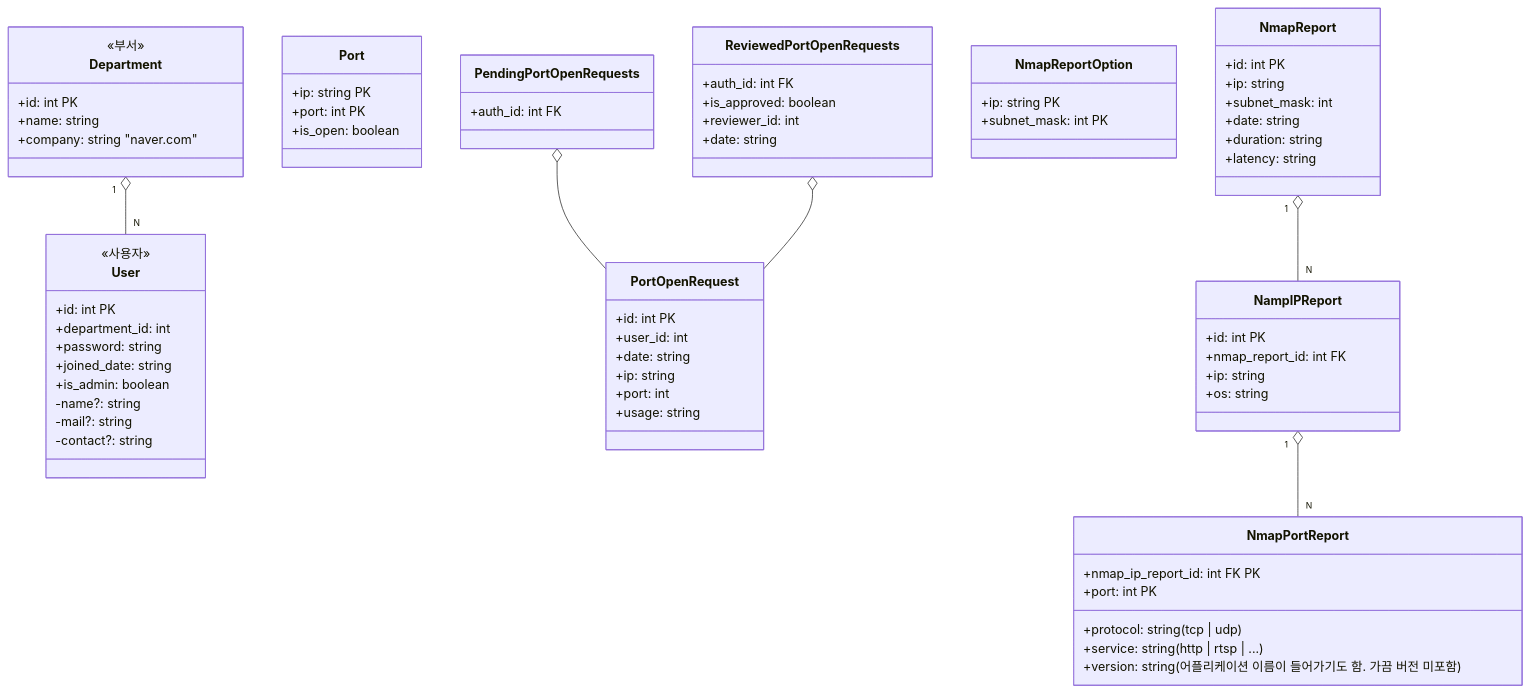
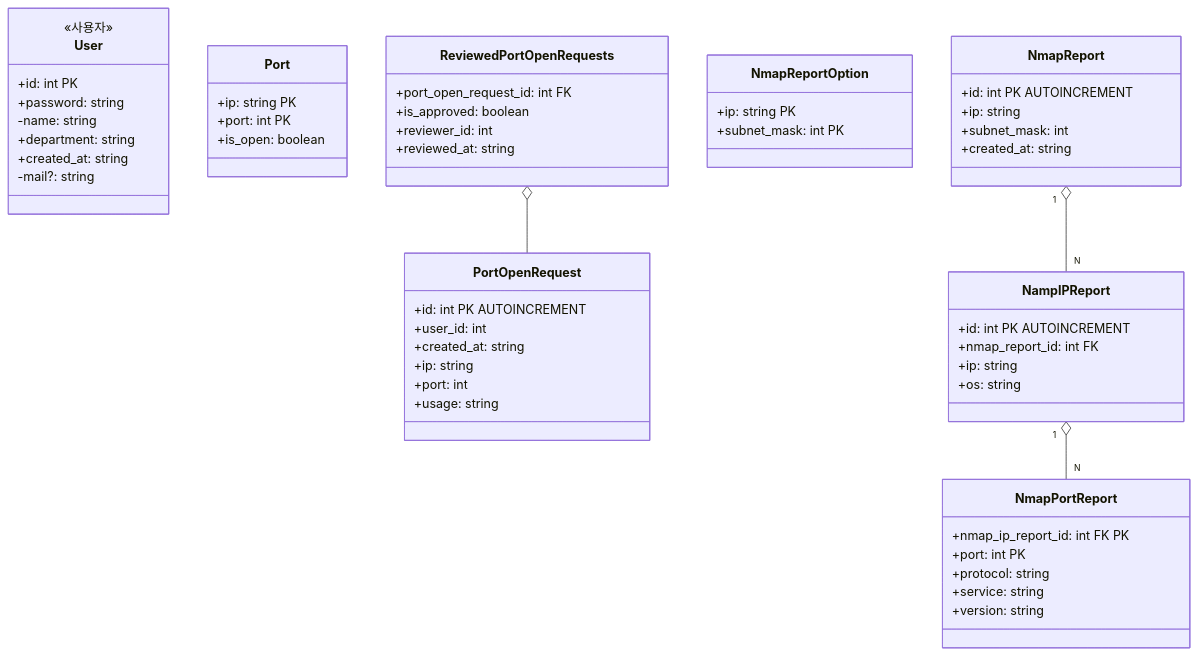
One commit to Four-pi/client changed the diagram in README.md. Above: the diagram before and after it, drawn with Mermaid. The commit also changed 53 other files, not shown here.

````diff
--- a/README.md
+++ b/README.md
@@ -11,32 +11,18 @@
 ```mermaid
 classDiagram
     direction TD
-
-    class Department {
-        <<부서>>
-
-        +id: int PK
-
-        +name: string
-        +company: string "naver.com"
-    }
-
-    Department "1" o-- "N" User
 
     class User {
         <<사용자>>
 
         +id: int PK
+        +password: string
+        -name: string
 
-        +department_id: int
+        +department: string
+        +created_at: string
 
-        +password: string
-        +joined_date: string
-        +is_admin: boolean
-
-        -name?: string
         -mail?: string
-        -contact?: string
     }
 
     class Port {
@@ -45,29 +31,23 @@
         +is_open: boolean
     }
 
-    class PendingPortOpenRequests {
-        +auth_id: int FK
+    class ReviewedPortOpenRequests {
+        +port_open_request_id: int FK
+        +is_approved: boolean
+        +reviewer_id: int
+        +reviewed_at: string
     }
 
-    class ReviewedPortOpenRequests {
-        +auth_id: int FK
-        +is_approved: boolean
-        +reviewer_id: int
-        +date: string
-    }
-
-    PendingPortOpenRequests o-- PortOpenRequest
     ReviewedPortOpenRequests o-- PortOpenRequest
 
     class PortOpenRequest {
-        +id: int PK
+        +id: int PK AUTOINCREMENT
 
         +user_id: int
-        +date: string
+        +created_at: string
 
         +ip: string
         +port: int
-
         +usage: string
     }
 
@@ -77,20 +57,18 @@
     }
 
     class NmapReport {
-        +id: int PK
+        +id: int PK AUTOINCREMENT
 
         +ip: string
         +subnet_mask: int
 
-        +date: string
-        +duration: string
-        +latency: string
+        +created_at: string
     }
 
     NmapReport "1" o-- "N" NampIPReport
 
     class NampIPReport {
-        +id: int PK
+        +id: int PK AUTOINCREMENT
 
         +nmap_report_id: int FK
         +ip: string
@@ -103,8 +81,8 @@
         +nmap_ip_report_id: int FK PK
         +port: int PK
 
-        +protocol: string (tcp | udp)
-        +service: string (http | rtsp | ...)
-        +version: string (어플리케이션 이름이 들어가기도 함. 가끔 버전 미포함)
+        +protocol: string
+        +service: string
+        +version: string
     }
 ```
````
